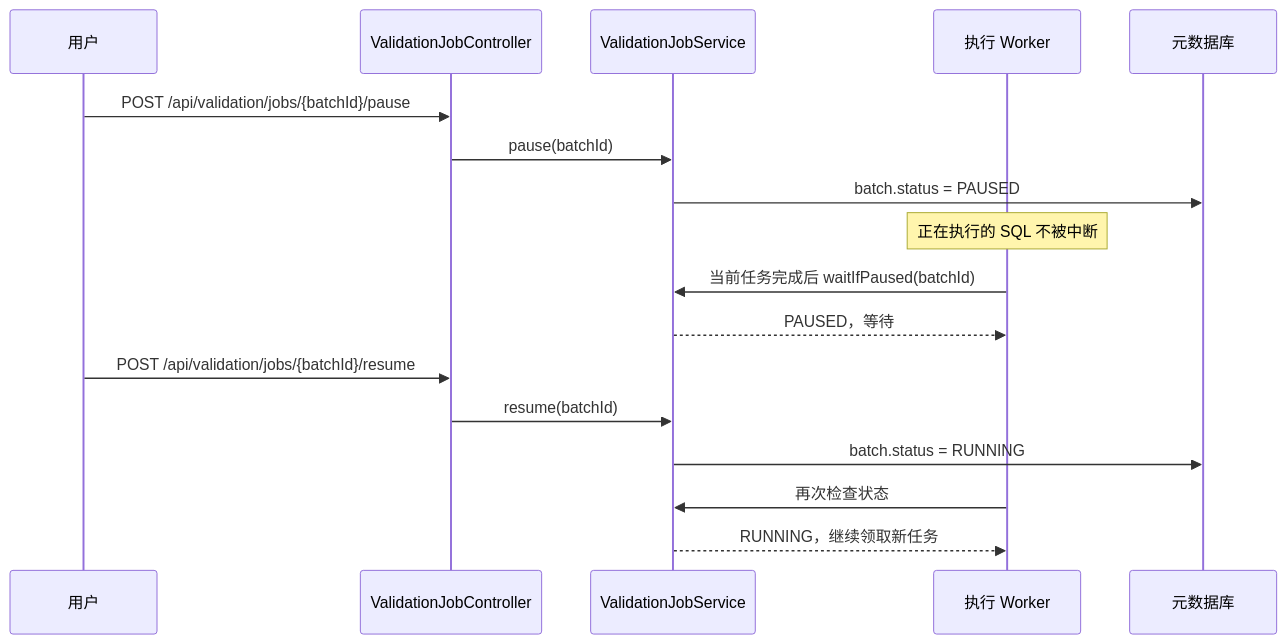
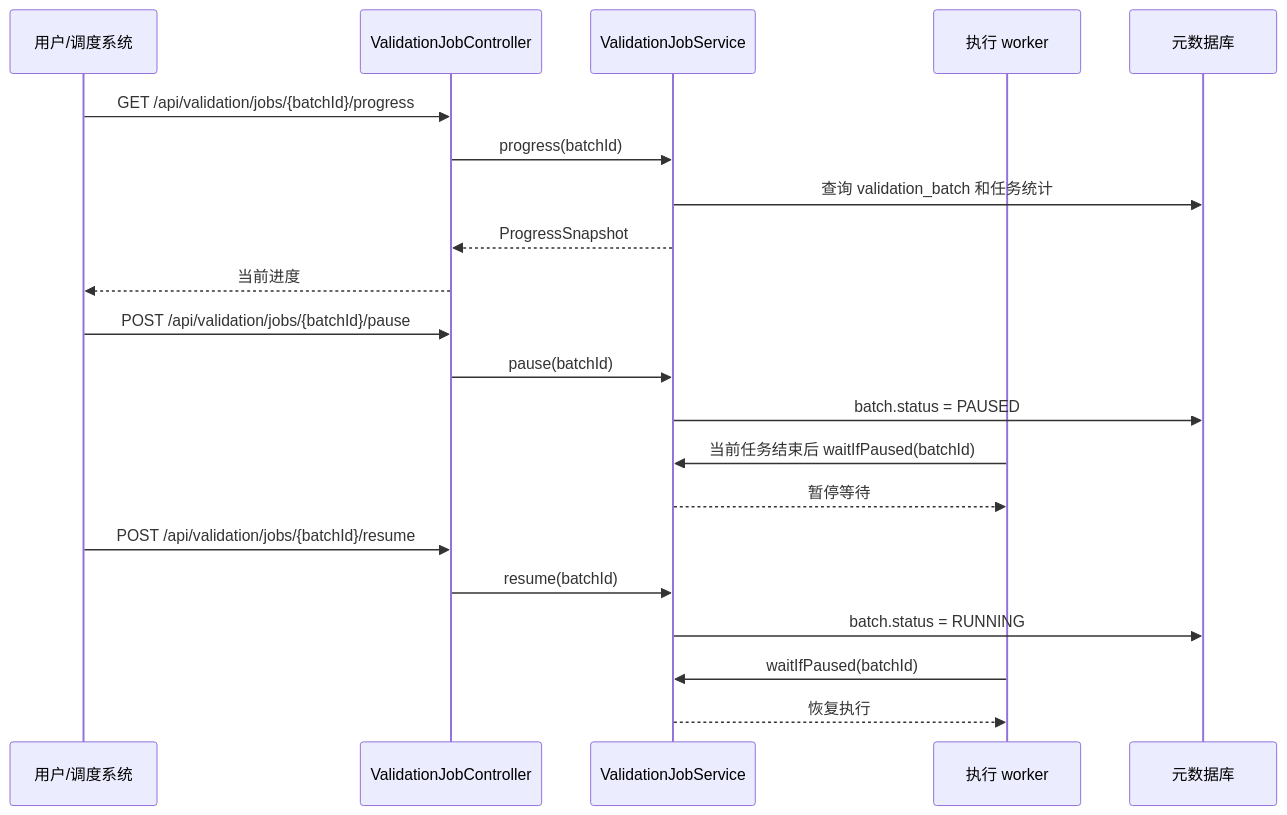
One commit to xiaobin-zhang/odsdatamigration changed the fifth of 5 diagrams in docs/detailed-design.md. Above: the diagram before and after it, drawn with Mermaid. The commit also changed other lines of this file and 59 other files, not shown here.

````diff
--- a/docs/detailed-design.md
+++ b/docs/detailed-design.md
@@ -386,20 +322,26 @@
 ```mermaid
 sequenceDiagram
-    participant User as 用户
+    participant User as 用户/调度系统
     participant API as ValidationJobController
     participant Job as ValidationJobService
-    participant Worker as 执行 Worker
-    participant DB as 元数据库
+    participant Worker as 执行 worker
+    participant MetaDB as 元数据库
+
+    User->>API: GET /api/validation/jobs/{batchId}/progress
+    API->>Job: progress(batchId)
+    Job->>MetaDB: 查询 validation_batch 和任务统计
+    Job-->>API: ProgressSnapshot
+    API-->>User: 当前进度
 
     User->>API: POST /api/validation/jobs/{batchId}/pause
     API->>Job: pause(batchId)
-    Job->>DB: batch.status = PAUSED
-    Note over Worker: 正在执行的 SQL 不被中断
-    Worker->>Job: 当前任务完成后 waitIfPaused(batchId)
-    Job-->>Worker: PAUSED，等待
+    Job->>MetaDB: batch.status = PAUSED
+    Worker->>Job: 当前任务结束后 waitIfPaused(batchId)
+    Job-->>Worker: 暂停等待
+
     User->>API: POST /api/validation/jobs/{batchId}/resume
     API->>Job: resume(batchId)
-    Job->>DB: batch.status = RUNNING
-    Worker->>Job: 再次检查状态
-    Job-->>Worker: RUNNING，继续领取新任务
+    Job->>MetaDB: batch.status = RUNNING
+    Worker->>Job: waitIfPaused(batchId)
+    Job-->>Worker: 恢复执行
 ```
````
